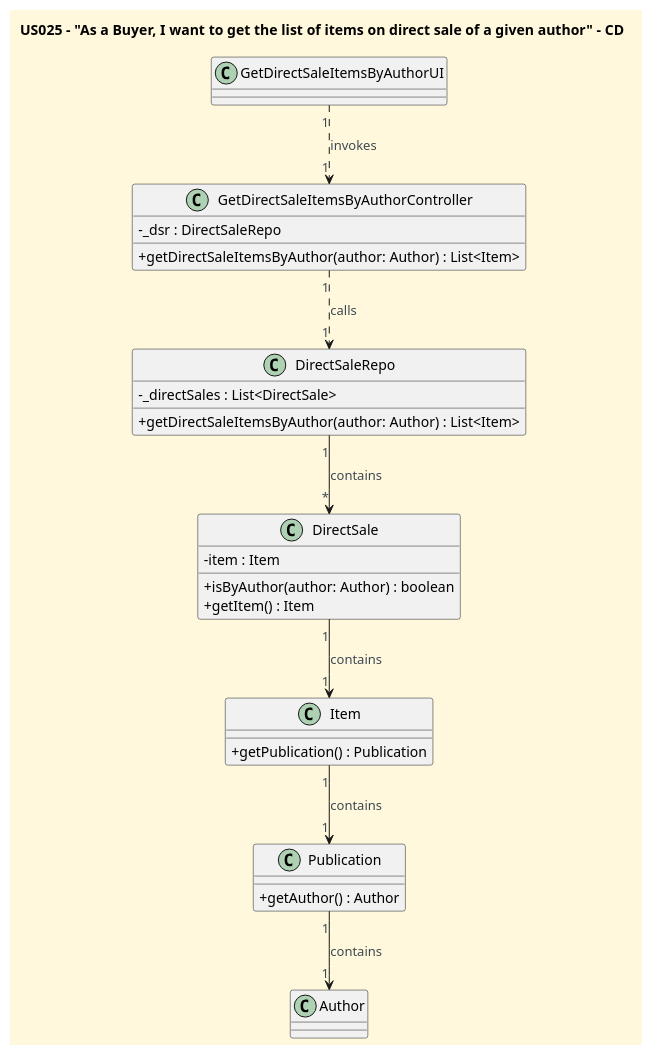
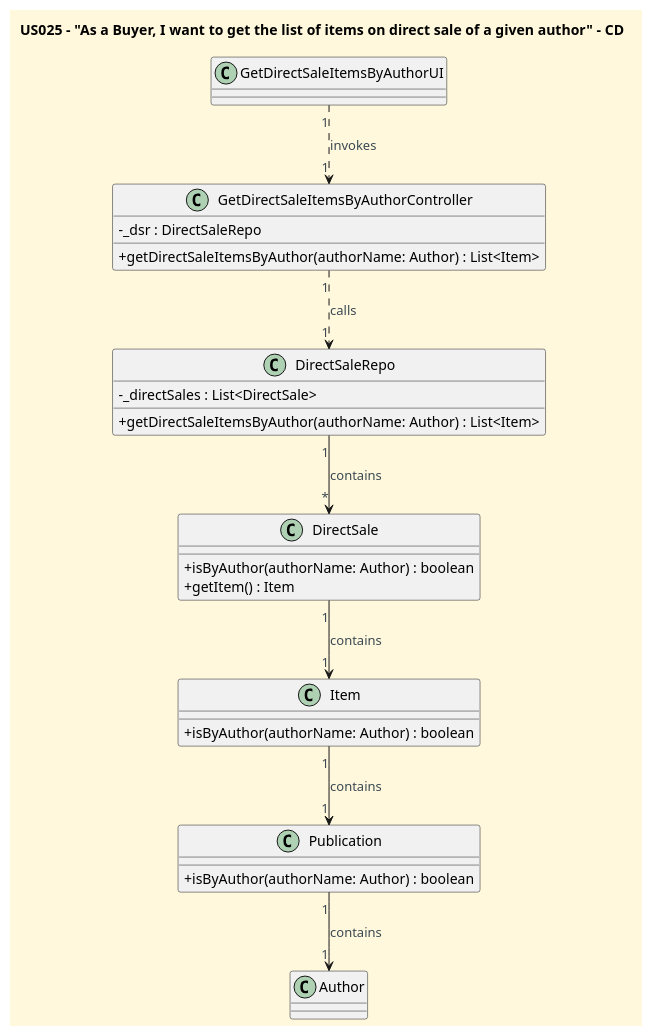
Before and after one commit to CarolinaLeite-collab/JavaMarketplacePlatform: the diagram in docs/userStories/US025/US025_get_list_of_items_on_direct_sale_of_given_author_CD_2.puml, drawn with PlantUML. The commit also changed 4 other files, not shown here.

Commit message:
#112 - Small fixes to sequence diagrams, design solution to implement tell don't ask in US025

```diff
--- a/docs/userStories/US025/US025_get_list_of_items_on_direct_sale_of_given_author_CD_2.puml
+++ b/docs/userStories/US025/US025_get_list_of_items_on_direct_sale_of_given_author_CD_2.puml
@@ -1,66 +1,65 @@
 @startuml
 'https://plantuml.com/class-diagram
 title US025 – "As a Buyer, I want to get the list of items on direct sale of a given author" - CD
 
 
 '==== basic style ====
 skinparam monochrome false
 skinparam shadowing false
 skinparam defaultFontName Futura
 skinparam objectFontSize 20
 skinparam backgroundColor CornSilk
 skinparam objectBackgroundColor WhiteSmoke
 skinparam noteBackgroundColor #FFFFE0
 skinparam ArrowFontColor #3B4953
 skinparam ActivationBackgroundColor black
 skinparam classAttributeIconSize 0
 
 class GetDirectSaleItemsByAuthorUI {
 
 }
 
 class GetDirectSaleItemsByAuthorController {
 
 - _dsr : DirectSaleRepo
-+ getDirectSaleItemsByAuthor(author: Author) : List<Item>
++ getDirectSaleItemsByAuthor(authorName: Author) : List<Item>
 }
 
 class DirectSaleRepo {
 
 - _directSales : List<DirectSale>
-+getDirectSaleItemsByAuthor(author: Author) : List<Item>
++getDirectSaleItemsByAuthor(authorName: Author) : List<Item>
 
 }
 
 class DirectSale {
 
-- item : Item
-+isByAuthor(author: Author) : boolean
++isByAuthor(authorName: Author) : boolean
 +getItem() : Item
 
 }
 
 class Item {
 
-+getPublication() : Publication
++isByAuthor(authorName: Author) : boolean
 
 }
 
 class Publication {
 
-+getAuthor() : Author
++isByAuthor(authorName: Author) : boolean
 
 }
 
 class Author {
 
 }
 
 GetDirectSaleItemsByAuthorUI "1" ..> "1" GetDirectSaleItemsByAuthorController : invokes
 GetDirectSaleItemsByAuthorController "1" ..> "1" DirectSaleRepo : calls
 DirectSaleRepo "1" --> "*" DirectSale : contains
 DirectSale "1" --> "1" Item : contains
 Item "1" --> "1" Publication : contains
 Publication "1" --> "1" Author : contains
 
 @enduml
```
